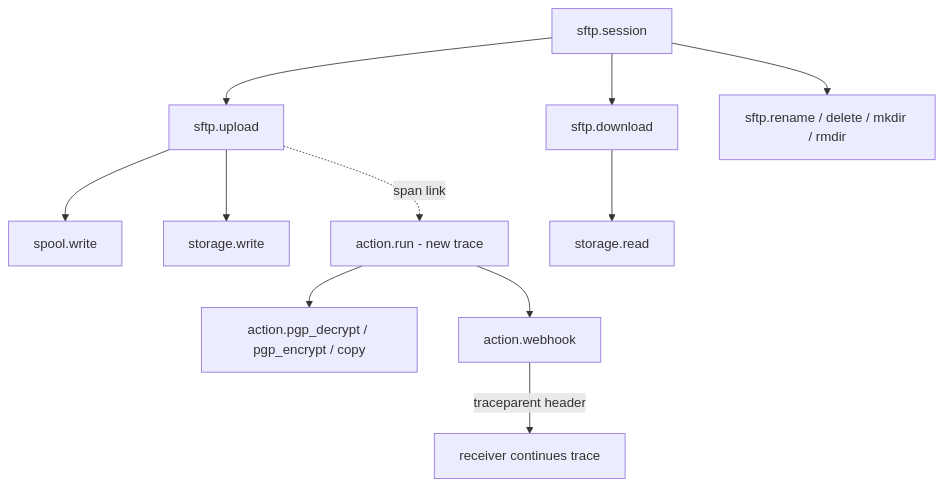
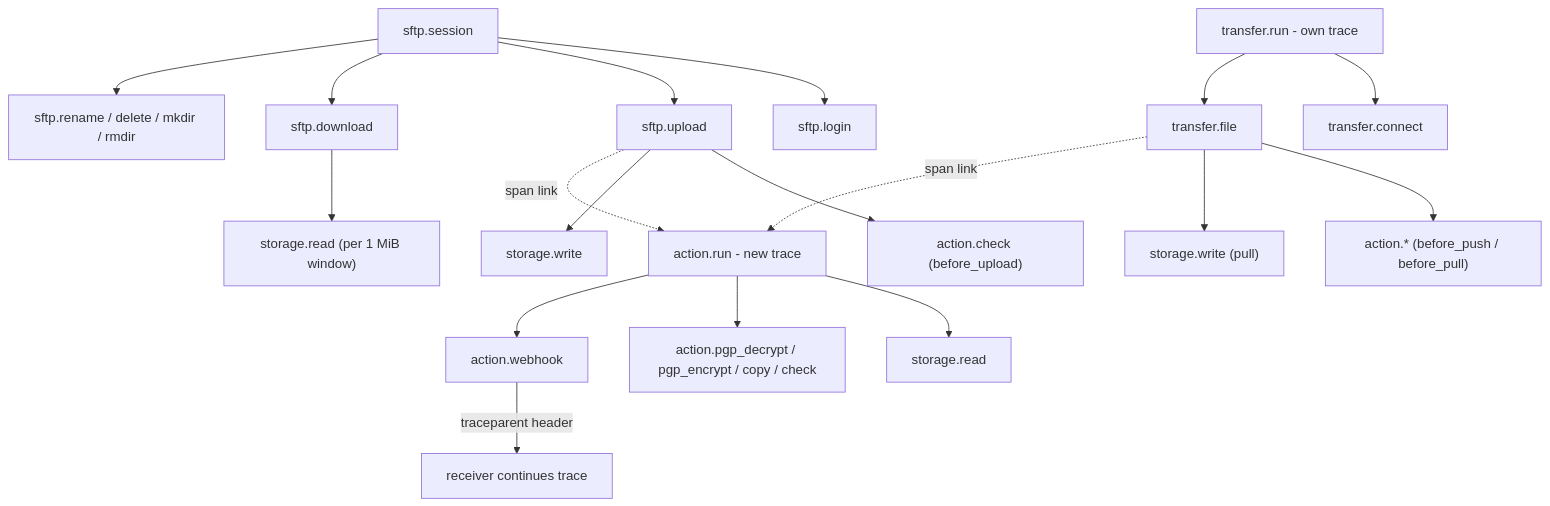
Diagram 13 of 16 in docs/LLD.md (shashankpatil-dev/sftpgate), drawn with Mermaid before and after one commit. The commit also changed other lines of this file and 20 other files, not shown here.

````diff
--- a/docs/LLD.md
+++ b/docs/LLD.md
@@ -908,12 +908,19 @@
 ```mermaid
 flowchart TD
-  S["sftp.session"] --> U["sftp.upload"]
-  U --> SW["spool.write"]
+  S["sftp.session"] --> L["sftp.login"]
+  S --> U["sftp.upload"]
+  U --> B["action.check (before_upload)"]
   U --> STW["storage.write"]
-  S --> DL["sftp.download"] --> STR["storage.read"]
+  S --> DL["sftp.download"] --> STR["storage.read (per 1 MiB window)"]
   S --> O["sftp.rename / delete / mkdir / rmdir"]
+  TR["transfer.run - own trace"] --> TC["transfer.connect"]
+  TR --> TF["transfer.file"]
+  TF --> TB["action.* (before_push / before_pull)"]
+  TF --> TW["storage.write (pull)"]
   U -. "span link" .-> AR["action.run - new trace"]
-  AR --> AS["action.pgp_decrypt / pgp_encrypt / copy"]
+  TF -. "span link" .-> AR
+  AR --> SR["storage.read"]
+  AR --> AS["action.pgp_decrypt / pgp_encrypt / copy / check"]
   AR --> AW["action.webhook"]
   AW -->|traceparent header| RCV["receiver continues trace"]
 ```
````
